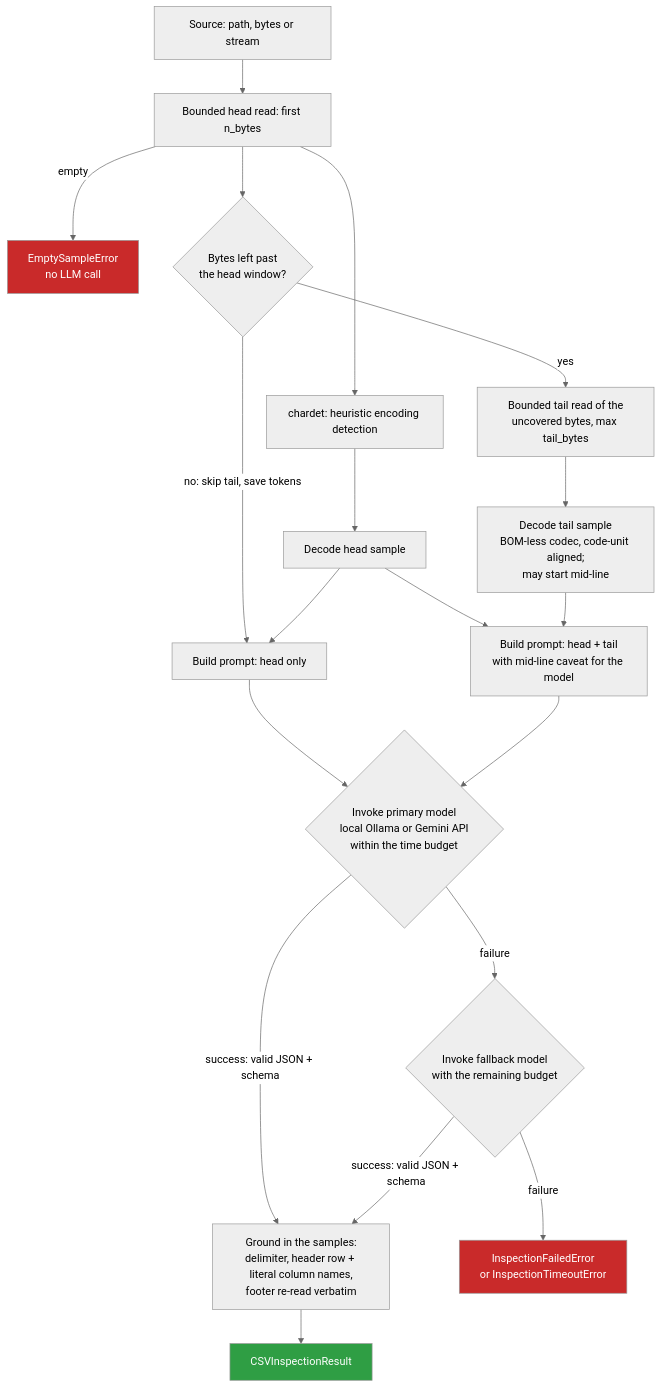
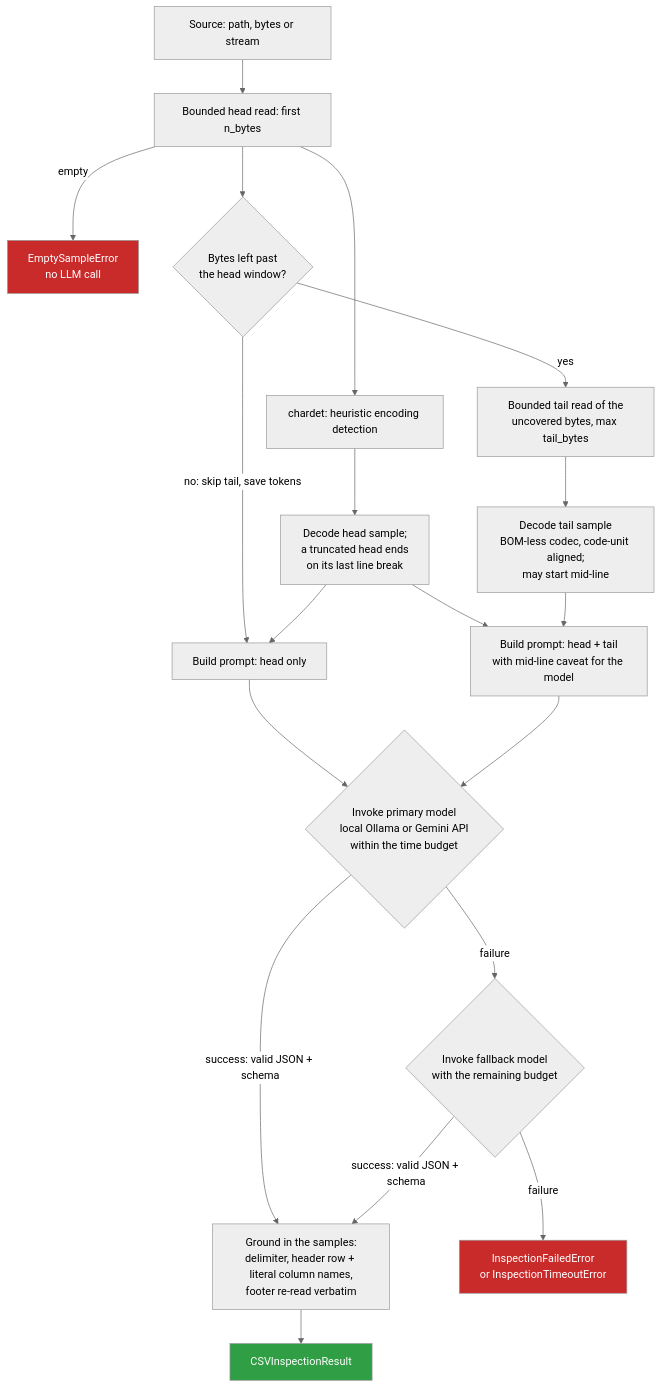
The diagram in agents/csv_inspector/README.md (deluispablo/data-agent-toolkit), drawn with Mermaid (neutral theme) before and after one commit. The commit also changed 5 other files, not shown here.

First line of the commit message:
feat: trim a truncated head sample to its last complete line

````diff
--- a/agents/csv_inspector/README.md
+++ b/agents/csv_inspector/README.md
@@ -136,25 +136,25 @@
 ```mermaid
 flowchart TD
     A[Source: path, bytes or stream] --> B[Bounded head read: first n_bytes]
     B -->|empty| X[EmptySampleError<br/>no LLM call]
     B --> C[chardet: heuristic encoding detection]
-    C --> D[Decode head sample]
+    C --> D[Decode head sample;<br/>a truncated head ends<br/>on its last line break]
     B --> COND{Bytes left past<br/>the head window?}
     COND -->|no: skip tail, save tokens| E1[Build prompt: head only]
     COND -->|yes| T[Bounded tail read of the<br/>uncovered bytes, max tail_bytes]
     T --> T2[Decode tail sample<br/>BOM-less codec, code-unit aligned;<br/>may start mid-line]
     D --> E1
     D --> E2[Build prompt: head + tail<br/>with mid-line caveat for the model]
     T2 --> E2
     E1 --> F{Invoke primary model<br/>local Ollama or Gemini API<br/>within the time budget}
     E2 --> F
     F -->|success: valid JSON + schema| GR[Ground in the samples:<br/>delimiter, header row + literal column names,<br/>footer re-read verbatim]
     F -->|failure| G{Invoke fallback model<br/>with the remaining budget}
     G -->|success: valid JSON + schema| GR
     G -->|failure| H[InspectionFailedError<br/>or InspectionTimeoutError]
     GR --> L[CSVInspectionResult]
 
     style L fill:#2f9e44,color:#fff
     style H fill:#c92a2a,color:#fff
     style X fill:#c92a2a,color:#fff
 ```
````
